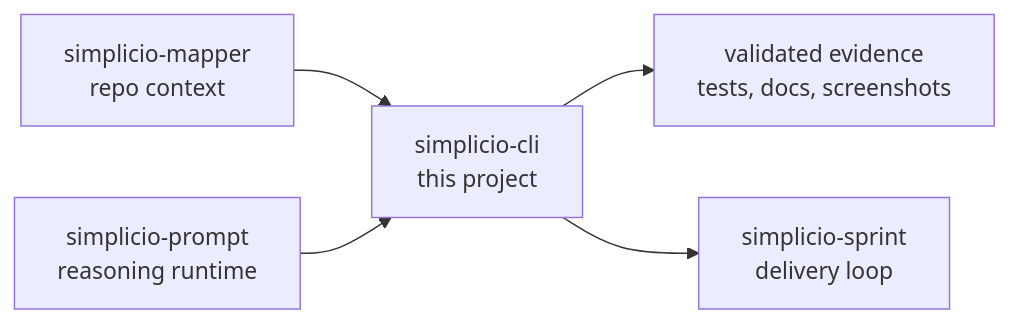
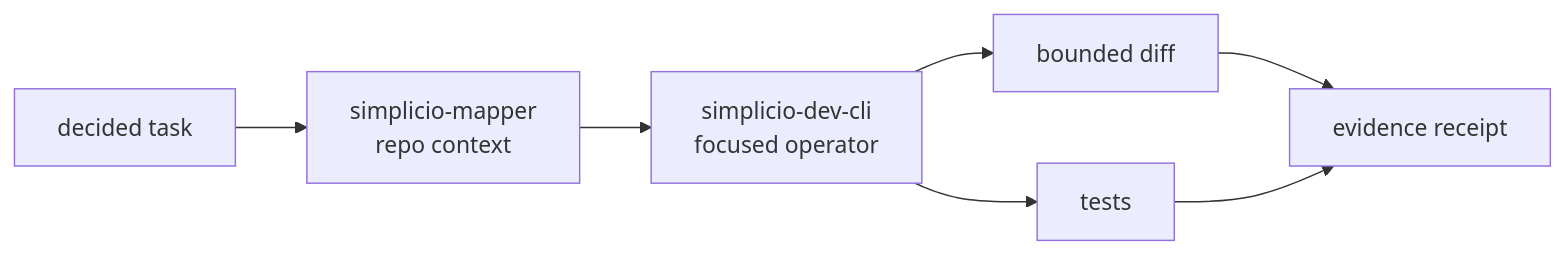
The diagram in READMEs/README.ar-SA.md (simpletibr/simplicio-loop), drawn with Mermaid before and after one commit. The commit also changed other lines of this file and 19 other files, not shown here.

Commit message:
docs: refresh dev-cli README visuals and translations

````diff
--- a/READMEs/README.ar-SA.md
+++ b/READMEs/README.ar-SA.md
@@ -62,12 +64,11 @@
 ```mermaid
 flowchart LR
-  mapper["simplicio-mapper
-repo context"] --> current["simplicio-cli
-this project"]
-  prompt["simplicio-prompt
-reasoning runtime"] --> current
-  current --> evidence["validated evidence
-tests, docs, screenshots"]
-  current --> sprint["simplicio-sprint
-delivery loop"]
+  task["decided task"] --> mapper["simplicio-mapper
+repo context"]
+  mapper --> operator["simplicio-dev-cli
+focused operator"]
+  operator --> diff["bounded diff"]
+  operator --> tests["tests"]
+  diff --> receipt["evidence receipt"]
+  tests --> receipt
 ```
````
